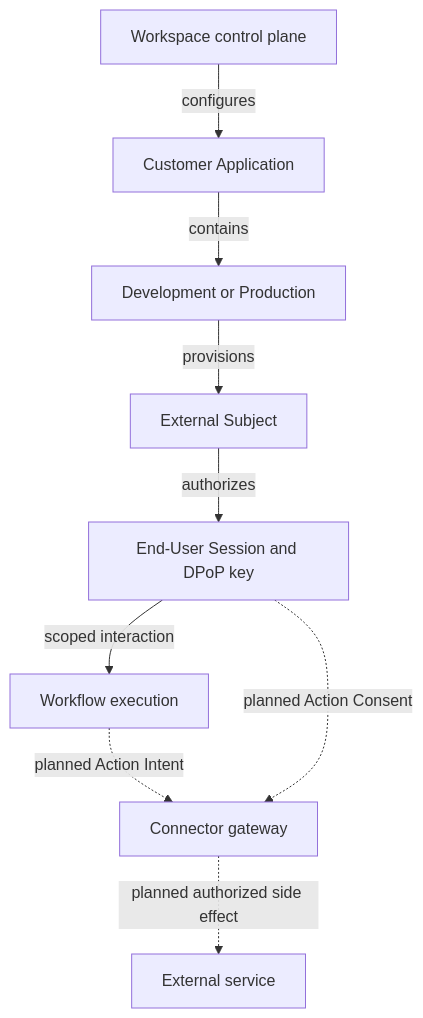
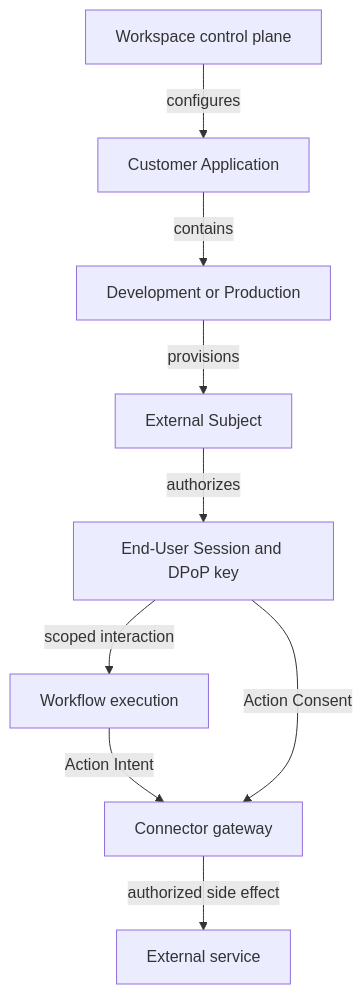
The diagram in content/docs/security/index.mdx (linea-org/docs), drawn with Mermaid before and after one commit. The commit also changed other lines of this file and 6 other files, not shown here.

Commit message:
docs: describe the shipped End-User flow and Action Consent

````diff
--- a/content/docs/security/index.mdx
+++ b/content/docs/security/index.mdx
@@ -25,19 +25,19 @@
 ```mermaid
 flowchart TB
   Workspace[Workspace control plane]
   Application[Customer Application]
   Environment[Development or Production]
   Subject[External Subject]
   Session[End-User Session and DPoP key]
   Execution[Workflow execution]
   Connector[Connector gateway]
   Service[External service]
   Workspace -->|configures| Application
   Application -->|contains| Environment
   Environment -->|provisions| Subject
   Subject -->|authorizes| Session
   Session -->|scoped interaction| Execution
-  Execution -.->|planned Action Intent| Connector
-  Session -.->|planned Action Consent| Connector
-  Connector -.->|planned authorized side effect| Service
+  Execution -->|Action Intent| Connector
+  Session -->|Action Consent| Connector
+  Connector -->|authorized side effect| Service
 ```
````
